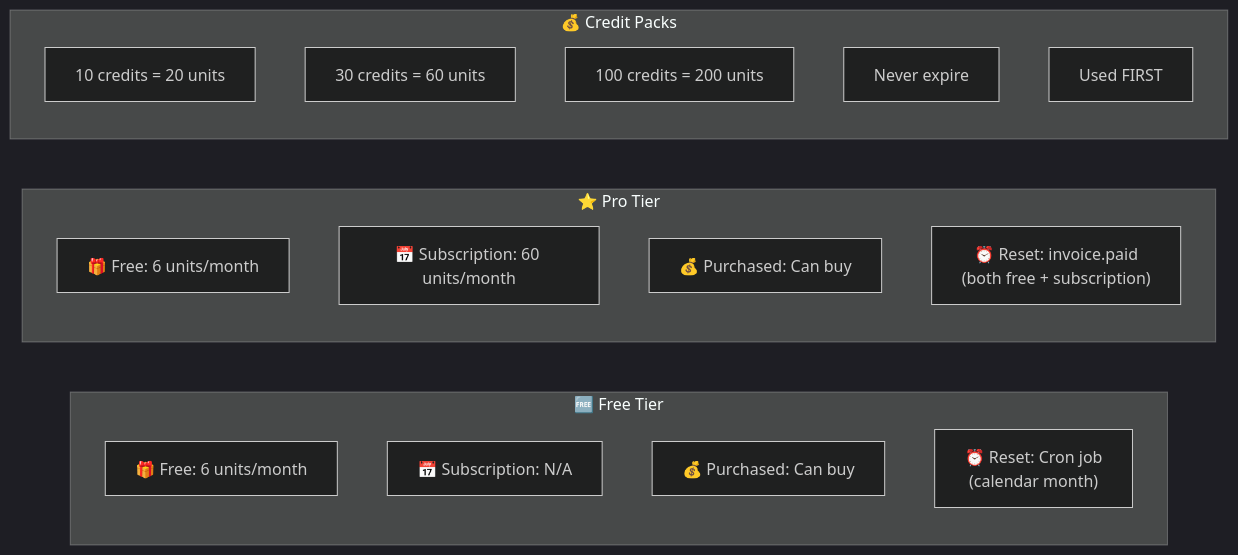
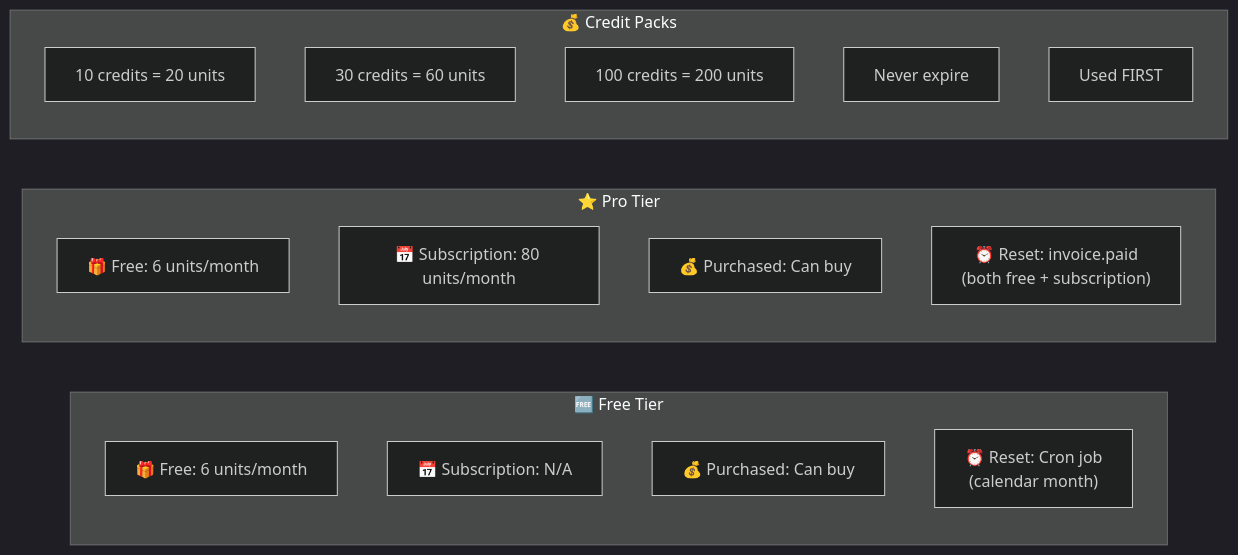
Before and after one commit to Ankit-Mehra/quizify: the sixth of 13 diagrams in docs/BILLING_USER_JOURNEYS.md, drawn with Mermaid. The commit also changed other lines of this file and 37 other files, not shown here.

````diff
--- a/docs/BILLING_USER_JOURNEYS.md
+++ b/docs/BILLING_USER_JOURNEYS.md
@@ -340,25 +340,25 @@
 ```mermaid
 %%{init: {'theme': 'dark'}}%%
 flowchart LR
     subgraph Free["🆓 Free Tier"]
         F1["🎁 Free: 6 units/month"]
         F2["📅 Subscription: N/A"]
         F3["💰 Purchased: Can buy"]
         F4["⏰ Reset: Cron job<br/>(calendar month)"]
     end
     
     subgraph Pro["⭐ Pro Tier"]
         P1["🎁 Free: 6 units/month"]
-        P2["📅 Subscription: 60 units/month"]
+        P2["📅 Subscription: 80 units/month"]
         P3["💰 Purchased: Can buy"]
         P4["⏰ Reset: invoice.paid<br/>(both free + subscription)"]
     end
     
     subgraph Packs["💰 Credit Packs"]
         C1["10 credits = 20 units"]
         C2["30 credits = 60 units"]
         C3["100 credits = 200 units"]
         C4["Never expire"]
         C5["Used FIRST"]
     end
 ```
````
